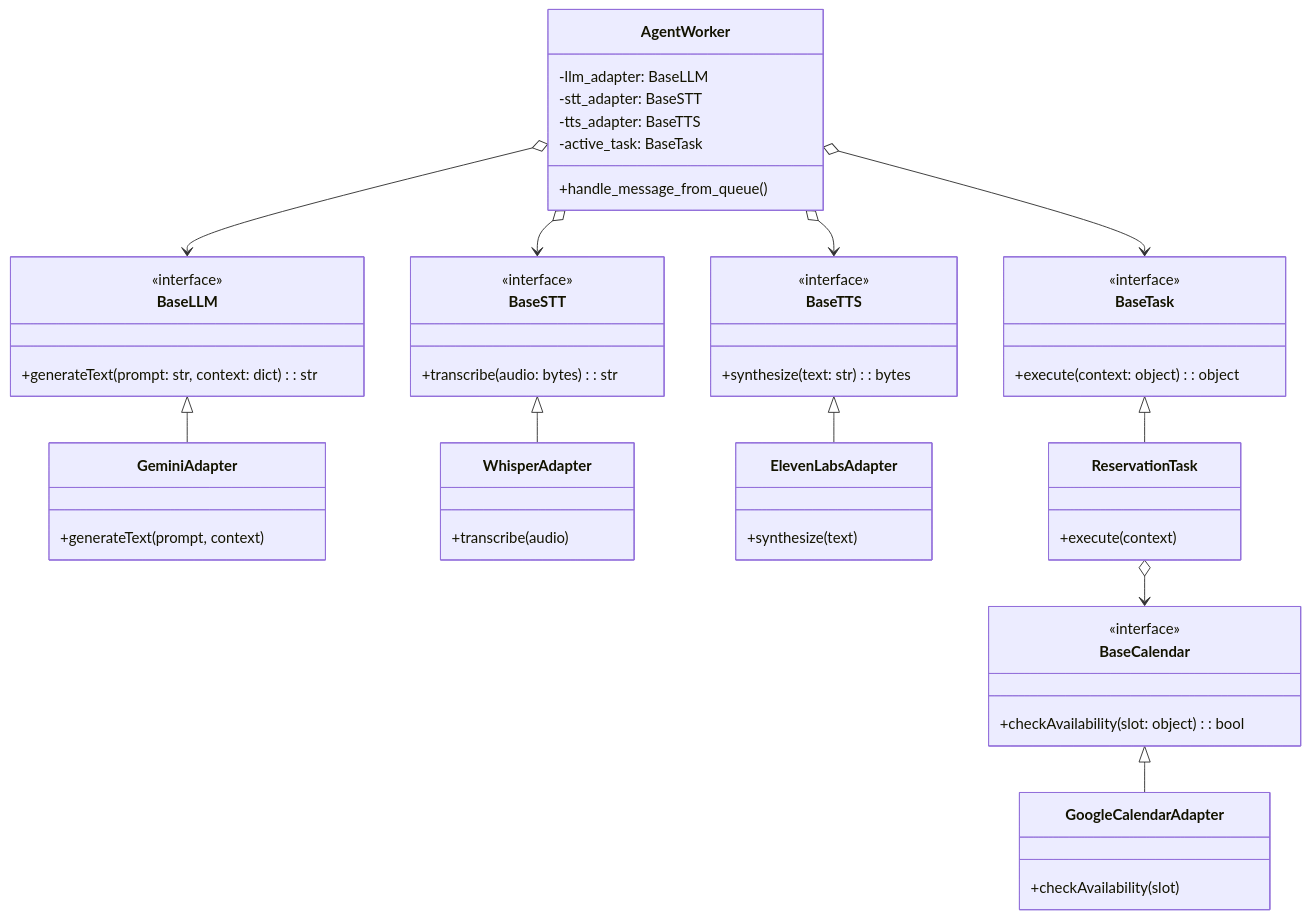
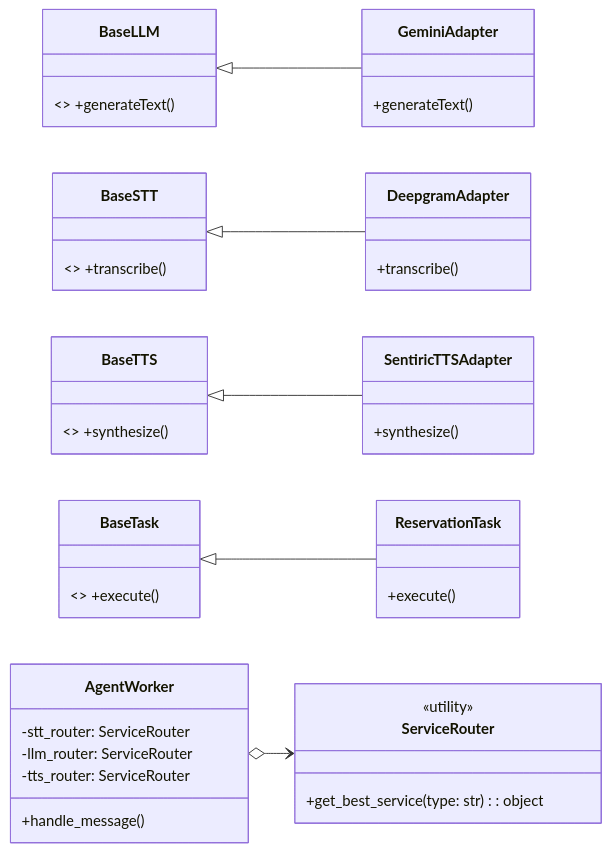
One commit to sentiric/sentiric-governance changed the second of 3 diagrams in docs/blueprint/Architecture-Overview.md. Above: the diagram before and after it, drawn with Mermaid. The commit also changed other lines of this file, not shown here.

````diff
--- a/docs/blueprint/Architecture-Overview.md
+++ b/docs/blueprint/Architecture-Overview.md
@@ -61,59 +61,33 @@
 ```mermaid
 classDiagram
-    class BaseLLM {
-        <<interface>>
-        +generateText(prompt: str, context: dict): str
-    }
-    class BaseSTT {
-        <<interface>>
-        +transcribe(audio: bytes): str
-    }
-    class BaseTTS {
-        <<interface>>
-        +synthesize(text: str): bytes
-    }
-    class BaseTask {
-        <<interface>>
-        +execute(context: object): object
-    }
-    class BaseCalendar {
-        <<interface>>
-        +checkAvailability(slot: object): bool
-    }
+    direction LR
 
-    class GeminiAdapter {
-      +generateText(prompt, context)
-    }
-    class WhisperAdapter {
-      +transcribe(audio)
-    }
-    class ElevenLabsAdapter {
-      +synthesize(text)
-    }
-    class GoogleCalendarAdapter {
-      +checkAvailability(slot)
-    }
-    class ReservationTask {
-      +execute(context)
+    class BaseLLM { <<interface>> +generateText() }
+    class BaseSTT { <<interface>> +transcribe() }
+    class BaseTTS { <<interface>> +synthesize() }
+    class BaseTask { <<interface>> +execute() }
+
+    class GeminiAdapter { +generateText() }
+    class DeepgramAdapter { +transcribe() }
+    class SentiricTTSAdapter { +synthesize() }
+    class ReservationTask { +execute() }
+
+    class ServiceRouter {
+      <<utility>>
+      +get_best_service(type: str): object
     }
     
     class AgentWorker {
-        -llm_adapter: BaseLLM
-        -stt_adapter: BaseSTT
-        -tts_adapter: BaseTTS
-        -active_task: BaseTask
-        +handle_message_from_queue()
+        -stt_router: ServiceRouter
+        -llm_router: ServiceRouter
+        -tts_router: ServiceRouter
+        +handle_message()
     }
 
     BaseLLM <|-- GeminiAdapter
-    BaseSTT <|-- WhisperAdapter
-    BaseTTS <|-- ElevenLabsAdapter
+    BaseSTT <|-- DeepgramAdapter
+    BaseTTS <|-- SentiricTTSAdapter
     BaseTask <|-- ReservationTask
-    BaseCalendar <|-- GoogleCalendarAdapter
     
-    AgentWorker o--> BaseLLM
-    AgentWorker o--> BaseSTT
-    AgentWorker o--> BaseTTS
-    AgentWorker o--> BaseTask
-    ReservationTask o--> BaseCalendar
+    AgentWorker o--> ServiceRouter
 ```
````
